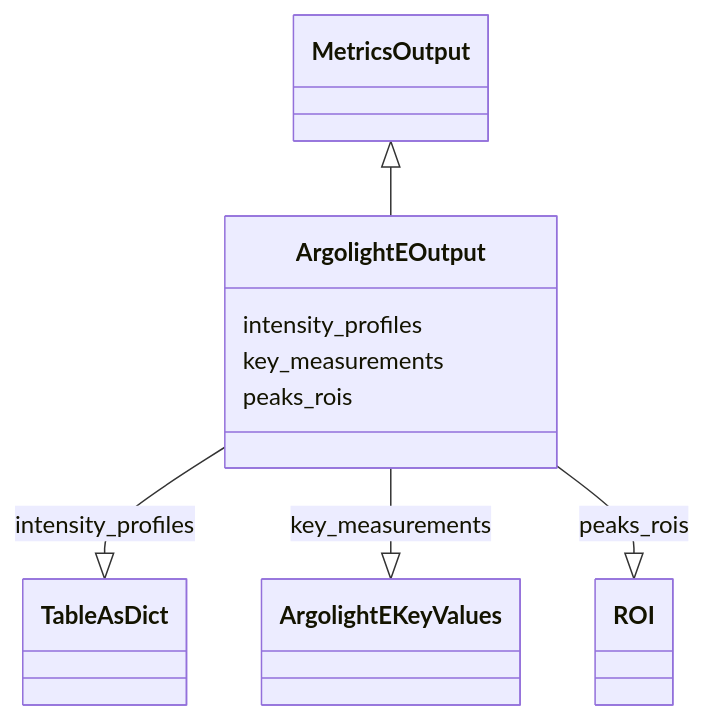
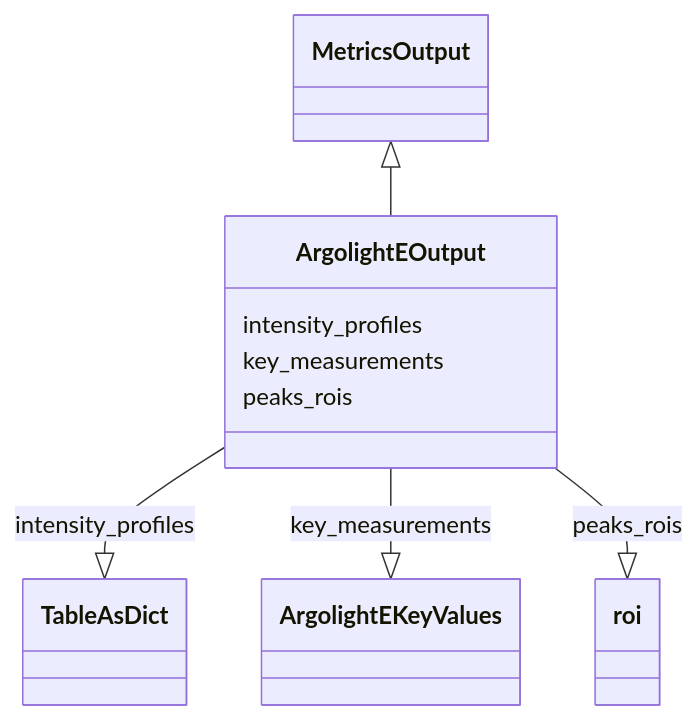
The diagram in docs/schema/samples/ArgolightEOutput.md (juliomateoslangerak/microscope-metrics), drawn with Mermaid before and after one commit. The commit also changed other lines of this file and 193 other files, not shown here.

Commit message:
Minor updates to the schema - ROI is lowercase - More descriptions

````diff
--- a/docs/schema/samples/ArgolightEOutput.md
+++ b/docs/schema/samples/ArgolightEOutput.md
@@ -10,19 +10,19 @@
 ```mermaid
  classDiagram
     class ArgolightEOutput
       MetricsOutput <|-- ArgolightEOutput
       
       ArgolightEOutput : intensity_profiles
         
           ArgolightEOutput --|> TableAsDict : intensity_profiles
         
       ArgolightEOutput : key_measurements
         
           ArgolightEOutput --|> ArgolightEKeyValues : key_measurements
         
       ArgolightEOutput : peaks_rois
         
-          ArgolightEOutput --|> ROI : peaks_rois
+          ArgolightEOutput --|> roi : peaks_rois
         
       
 ```
````
